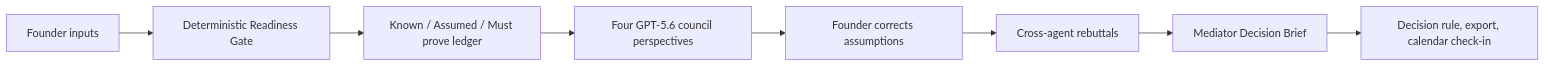
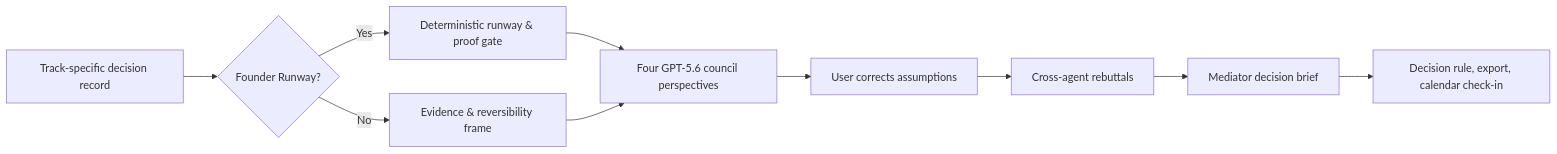
Before and after one commit to mjoisgreat/asembi: the diagram in README.md, drawn with Mermaid. The commit also changed other lines of this file and 3 other files, not shown here.

```diff
--- a/README.md
+++ b/README.md
@@ -35,10 +45,12 @@
 ~~~mermaid
 flowchart LR
-  F[Founder inputs] --> G[Deterministic Readiness Gate]
-  G --> L[Known / Assumed / Must prove ledger]
-  L --> C[Four GPT-5.6 council perspectives]
-  C --> H[Founder corrects assumptions]
-  H --> R[Cross-agent rebuttals]
-  R --> M[Mediator Decision Brief]
+  I[Track-specific decision record] --> G{Founder Runway?}
+  G -->|Yes| R[Deterministic runway & proof gate]
+  G -->|No| E[Evidence & reversibility frame]
+  R --> C[Four GPT-5.6 council perspectives]
+  E --> C
+  C --> H[User corrects assumptions]
+  H --> B[Cross-agent rebuttals]
+  B --> M[Mediator decision brief]
   M --> O[Decision rule, export, calendar check-in]
 ~~~
```
